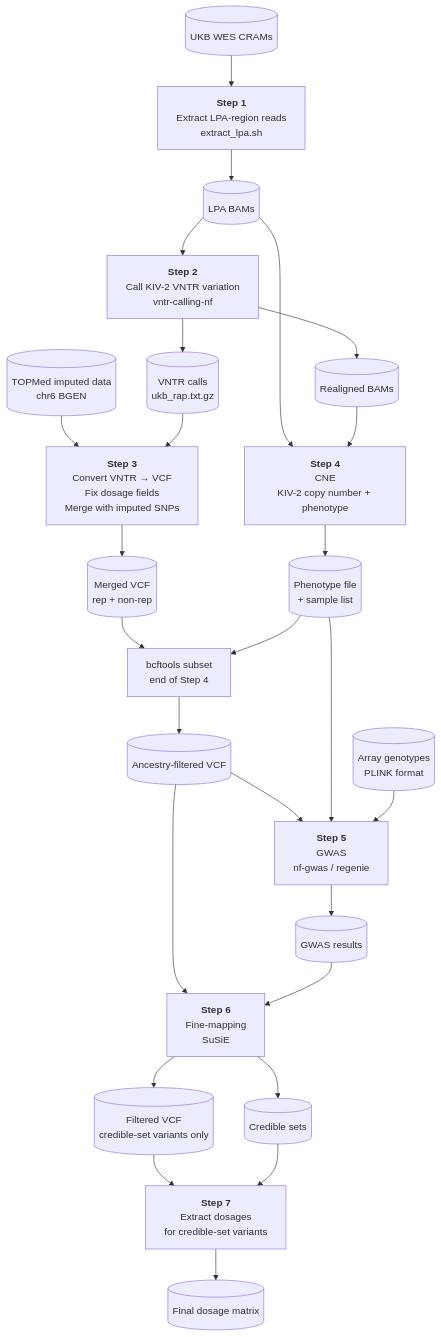
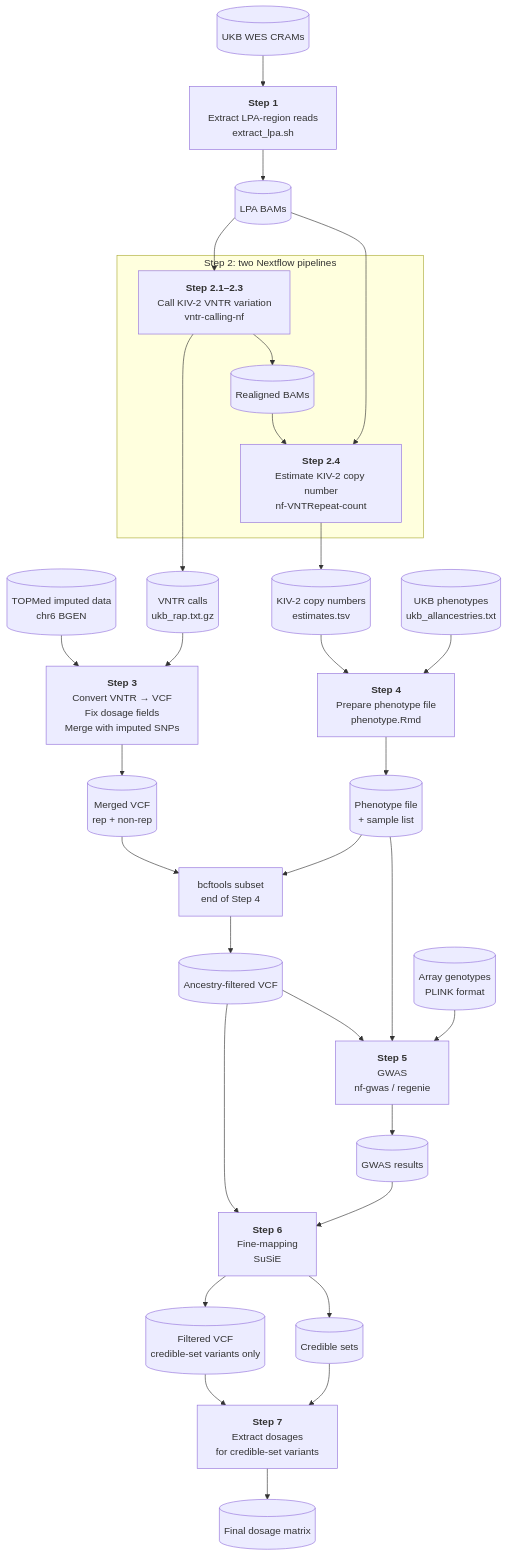
One commit to genepi/vntr-gwas-framework changed the diagram in README.md. Above: the diagram before and after it, drawn with Mermaid. The commit also changed other lines of this file, not shown here.

Commit message:
Update main diagram

````diff
--- a/README.md
+++ b/README.md
@@ -68,66 +68,77 @@
 ```mermaid
 flowchart TD
     A[(UKB WES CRAMs)] --> S1
 
     S1["`**Step 1**
 Extract LPA-region reads
 extract_lpa.sh`"]
     S1 --> BAM[(LPA BAMs)]
 
-    BAM --> S2
-
-    S2["`**Step 2**
+    subgraph STEP2["Step 2: two Nextflow pipelines"]
+        S2A["`**Step 2.1–2.3**
 Call KIV-2 VNTR variation
 vntr-calling-nf`"]
-    S2 --> VNTR[(VNTR calls
+        RBAM[(Realigned BAMs)]
+        S2B["`**Step 2.4**
+Estimate KIV-2 copy number
+nf-VNTRepeat-count`"]
+    end
+
+    BAM --> S2A
+    S2A --> RBAM
+    RBAM --> S2B
+    BAM --> S2B
+    S2A --> VNTR[(VNTR calls
 ukb_rap.txt.gz)]
-    S2 --> RBAM[(Realigned BAMs)]
+    S2B --> CN[(KIV-2 copy numbers
+estimates.tsv)]
 
     T[(TOPMed imputed data
 chr6 BGEN)] --> S3
     VNTR --> S3
     S3["`**Step 3**
 Convert VNTR → VCF
 Fix dosage fields
 Merge with imputed SNPs`"]
     S3 --> MVCF[(Merged VCF
 rep + non-rep)]
 
-    BAM --> S4
-    RBAM --> S4
+    CN --> S4
+    PD[(UKB phenotypes
+ukb_allancestries.txt)] --> S4
     S4["`**Step 4**
-CNE
-KIV-2 copy number + phenotype`"]
+Prepare phenotype file
+phenotype.Rmd`"]
     S4 --> PHENO[(Phenotype file
 + sample list)]
 
     MVCF --> FILTER["`bcftools subset
 end of Step 4`"]
     PHENO --> FILTER
     FILTER --> AFVCF[(Ancestry-filtered VCF)]
 
     AFVCF --> S5
     PHENO --> S5
     G[(Array genotypes
 PLINK format)] --> S5
     S5["`**Step 5**
 GWAS
 nf-gwas / regenie`"]
     S5 --> GWAS[(GWAS results)]
 
     AFVCF --> S6
     GWAS --> S6
     S6["`**Step 6**
 Fine-mapping
 SuSiE`"]
     S6 --> CS[(Credible sets)]
     S6 --> FVCF[(Filtered VCF
 credible-set variants only)]
 
     FVCF --> S7
     CS --> S7
     S7["`**Step 7**
 Extract dosages
 for credible-set variants`"]
     S7 --> OUT[(Final dosage matrix)]
 ```
````
